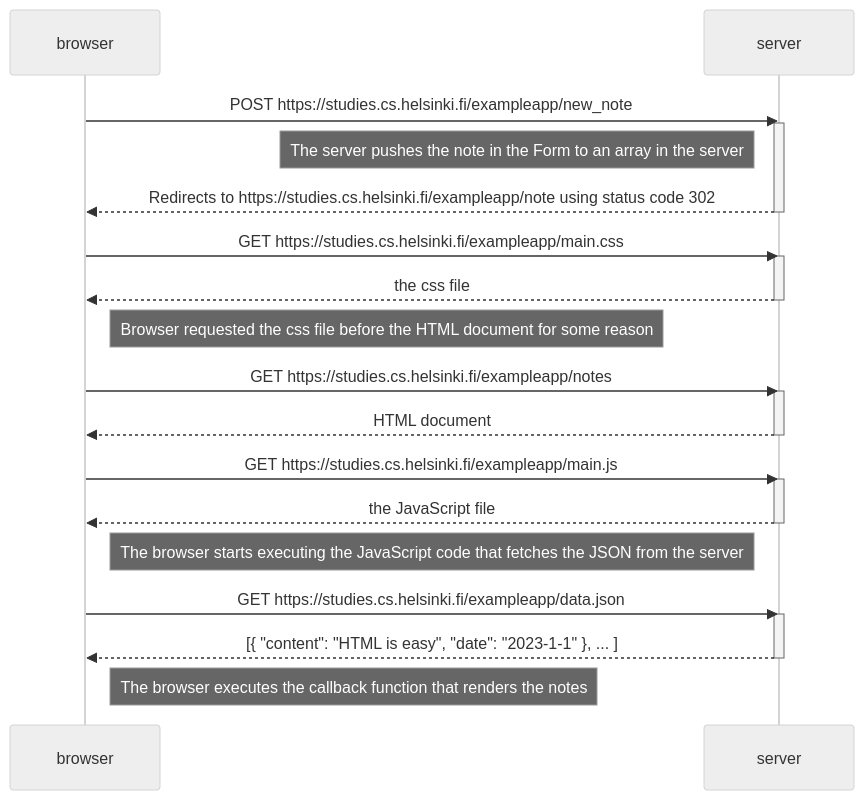
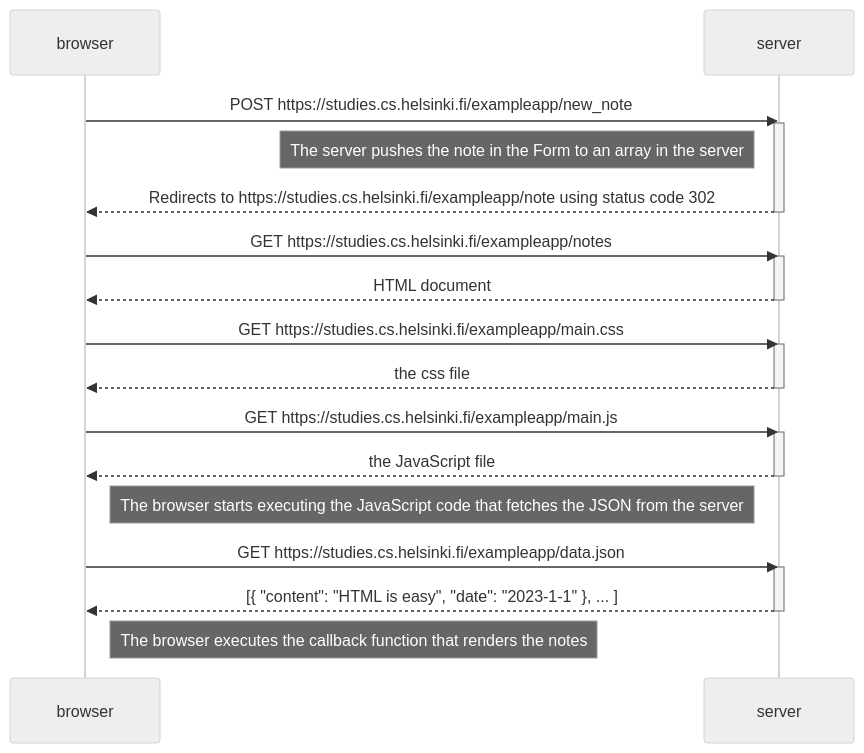
Before and after one commit to 12DerekH/CSI4103-Lab2: the diagram in Exercise0.4.md, drawn with Mermaid (neutral theme).

Commit message:
Update Exercise0.4.md
Corrected

````diff
--- a/Exercise0.4.md
+++ b/Exercise0.4.md
@@ -2,39 +2,38 @@
 ```mermaid
 sequenceDiagram
     participant browser
     participant server
     
     browser->>server: POST https://studies.cs.helsinki.fi/exampleapp/new_note
     activate server
     Note left of server: The server pushes the note in the Form to an array in the server
     server-->>browser: Redirects to https://studies.cs.helsinki.fi/exampleapp/note using status code 302
     deactivate server
     
+    browser->>server: GET https://studies.cs.helsinki.fi/exampleapp/notes
+    activate server
+    server-->>browser: HTML document
+    deactivate server
+    
     browser->>server: GET https://studies.cs.helsinki.fi/exampleapp/main.css
     activate server
     server-->>browser: the css file
     deactivate server
     
-    Note right of browser: Browser requested the css file before the HTML document for some reason
-    
-    browser->>server: GET https://studies.cs.helsinki.fi/exampleapp/notes
-    activate server
-    server-->>browser: HTML document
-    deactivate server
     
     browser->>server: GET https://studies.cs.helsinki.fi/exampleapp/main.js
     activate server
     server-->>browser: the JavaScript file
     deactivate server
     
     Note right of browser: The browser starts executing the JavaScript code that fetches the JSON from the server
     
     browser->>server: GET https://studies.cs.helsinki.fi/exampleapp/data.json
     activate server
     server-->>browser: [{ "content": "HTML is easy", "date": "2023-1-1" }, ... ]
     deactivate server    
 
     Note right of browser: The browser executes the callback function that renders the notes
     
     
 ```
````
